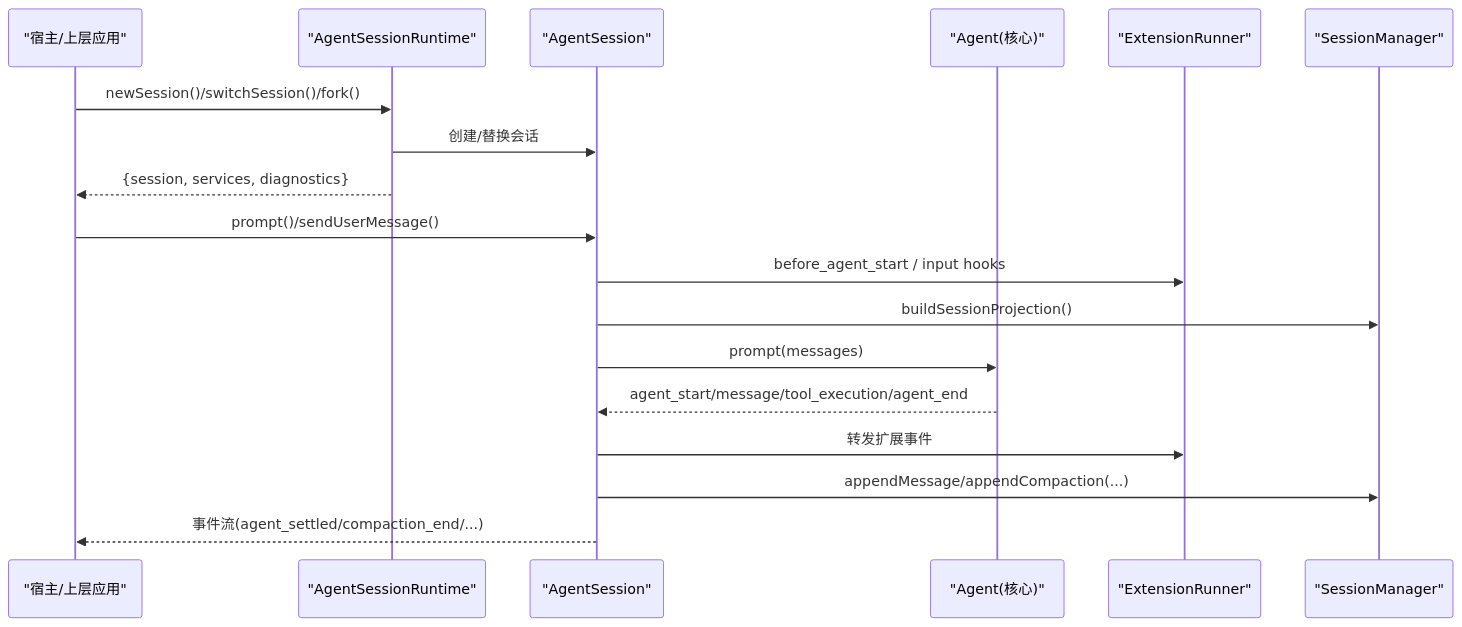
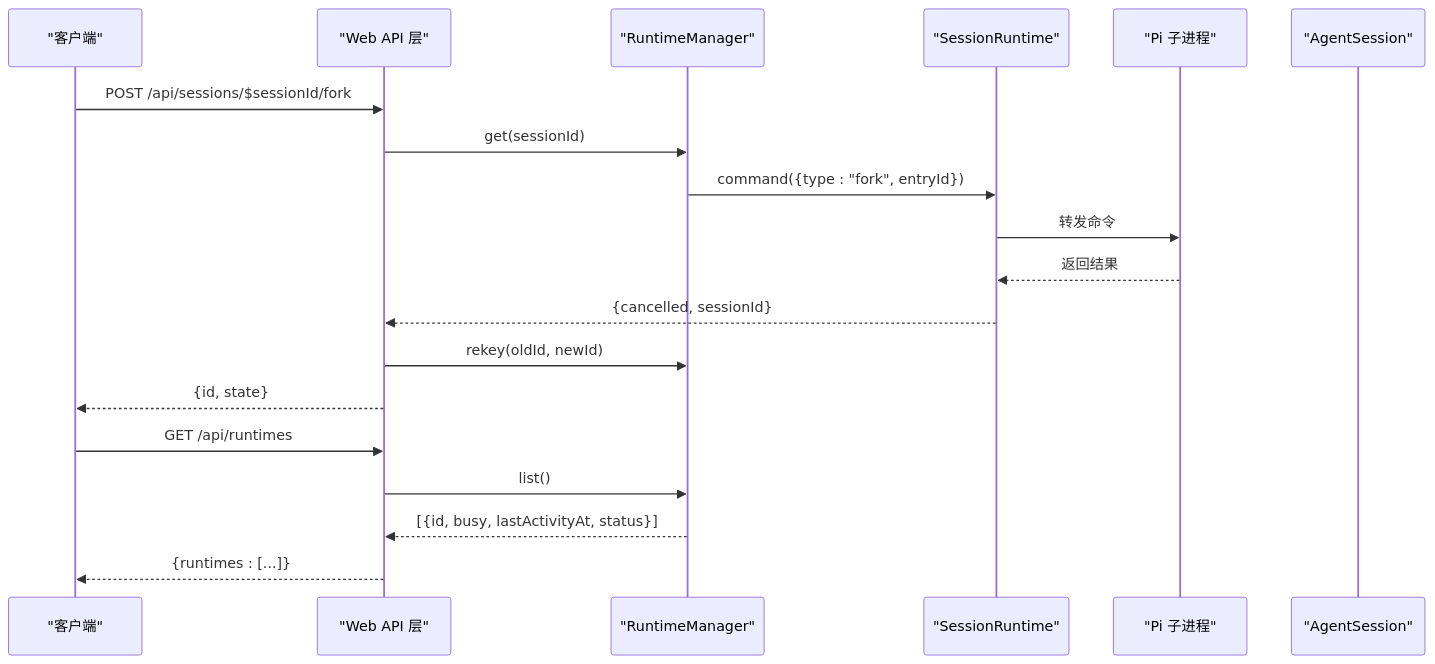
Before and after one commit to FDE-GROUP/oh-my-coding-agent: the second of 8 diagrams in .qoder/repowiki/zh/content/SDK API 参考/会话管理 API.md, drawn with Mermaid. The commit also changed other lines of this file and 433 other files, not shown here.

````diff
--- a/.qoder/repowiki/zh/content/SDK API 参考/会话管理 API.md
+++ b/.qoder/repowiki/zh/content/SDK API 参考/会话管理 API.md
@@ -68,20 +107,21 @@
 ```mermaid
 sequenceDiagram
-participant Host as "宿主/上层应用"
-participant Runtime as "AgentSessionRuntime"
+participant Client as "客户端"
+participant API as "Web API 层"
+participant Manager as "RuntimeManager"
+participant Runtime as "SessionRuntime"
+participant Process as "Pi 子进程"
 participant Session as "AgentSession"
-participant Agent as "Agent(核心)"
-participant Ext as "ExtensionRunner"
-participant SM as "SessionManager"
-Host->>Runtime : newSession()/switchSession()/fork()
-Runtime->>Session : 创建/替换会话
-Runtime-->>Host : {session, services, diagnostics}
-Host->>Session : prompt()/sendUserMessage()
-Session->>Ext : before_agent_start / input hooks
-Session->>SM : buildSessionProjection()
-Session->>Agent : prompt(messages)
-Agent-->>Session : agent_start/message/tool_execution/agent_end
-Session->>Ext : 转发扩展事件
-Session->>SM : appendMessage/appendCompaction(...)
-Session-->>Host : 事件流(agent_settled/compaction_end/...)
+Client->>API : POST /api/sessions/$sessionId/fork
+API->>Manager : get(sessionId)
+Manager->>Runtime : command({type : "fork", entryId})
+Runtime->>Process : 转发命令
+Process-->>Runtime : 返回结果
+Runtime-->>API : {cancelled, sessionId}
+API->>Manager : rekey(oldId, newId)
+API-->>Client : {id, state}
+Client->>API : GET /api/runtimes
+API->>Manager : list()
+Manager-->>API : [{id, busy, lastActivityAt, status}]
+API-->>Client : {runtimes : [...]}
 ```
````
